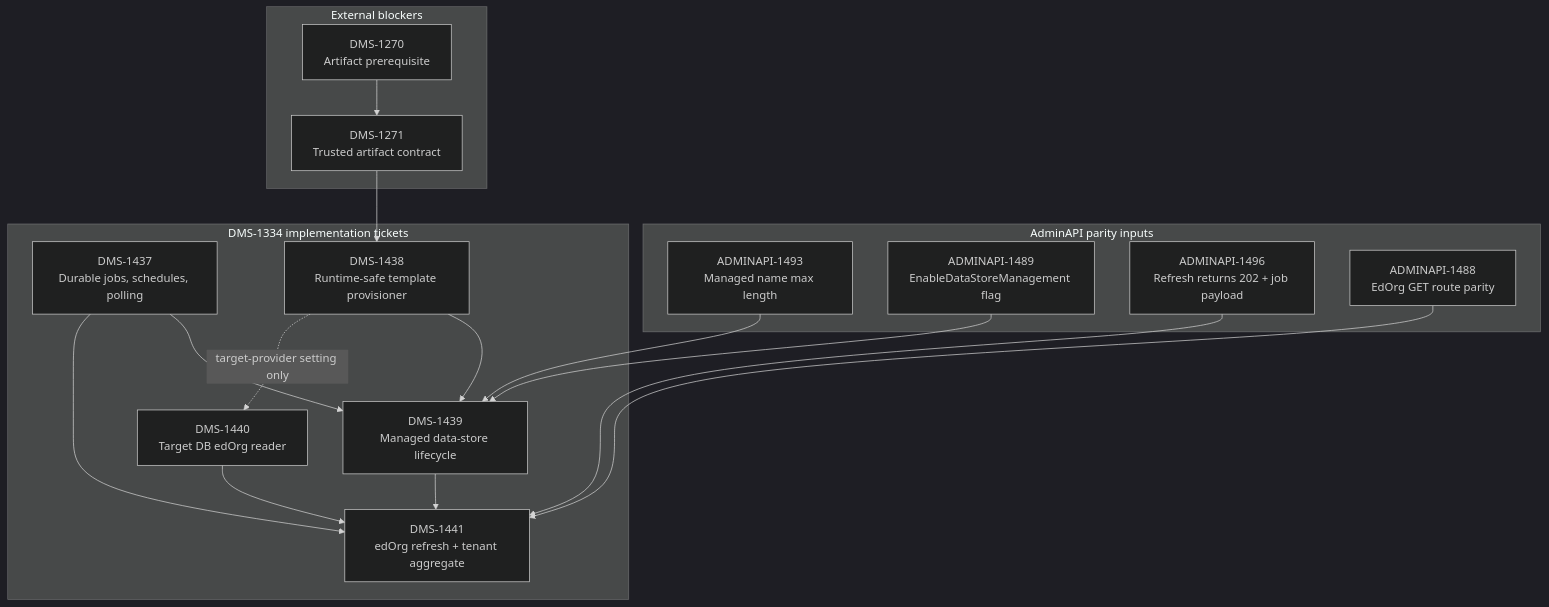
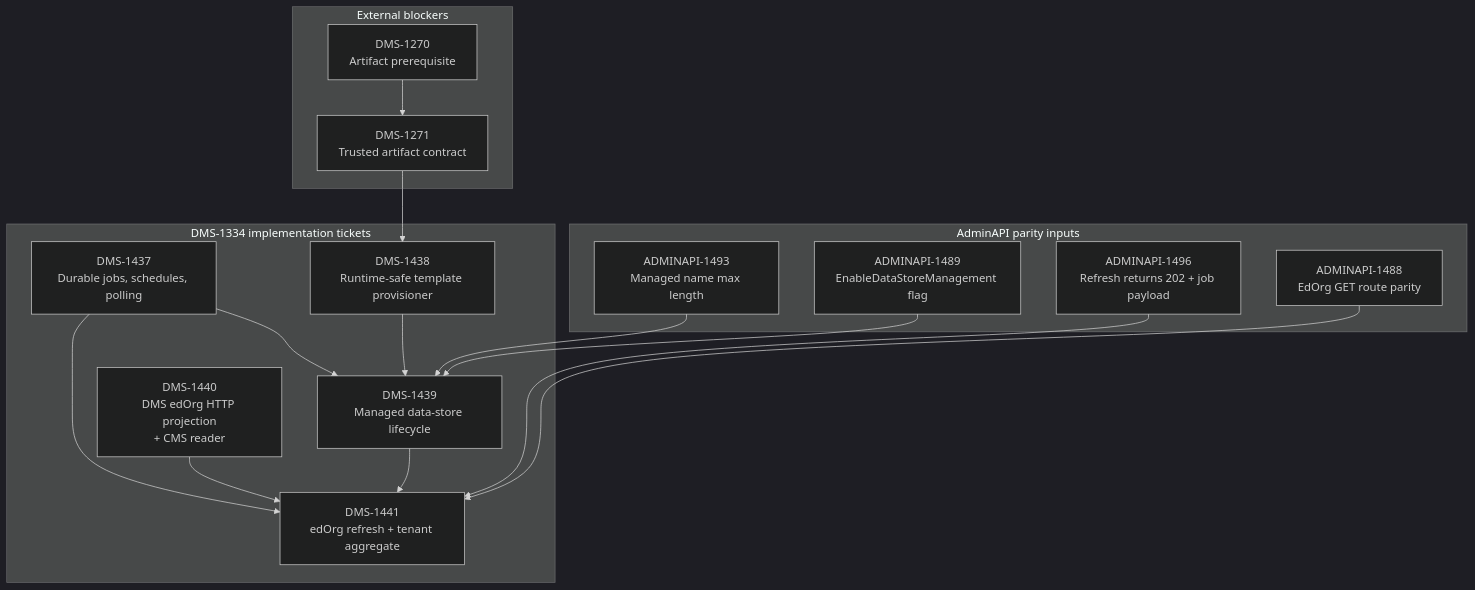
Before and after one commit to Ed-Fi-Alliance-OSS/Data-Management-Service: the diagram in reference/spikes/DMS-1334/candidate-implementation-stories.md, drawn with Mermaid (dark theme). The commit also changed other lines of this file and 3 other files, not shown here.

````diff
--- a/reference/spikes/DMS-1334/candidate-implementation-stories.md
+++ b/reference/spikes/DMS-1334/candidate-implementation-stories.md
@@ -26,36 +26,35 @@
 ```mermaid
 graph TD
   subgraph AdminAPI["AdminAPI parity inputs"]
     A1493["ADMINAPI-1493<br/>Managed name max length"]
     A1489["ADMINAPI-1489<br/>EnableDataStoreManagement flag"]
     A1496["ADMINAPI-1496<br/>Refresh returns 202 + job payload"]
     A1488["ADMINAPI-1488<br/>EdOrg GET route parity"]
   end
 
   subgraph Blockers["External blockers"]
     DMS1270["DMS-1270<br/>Artifact prerequisite"]
     DMS1271["DMS-1271<br/>Trusted artifact contract"]
   end
 
   subgraph Stories["DMS-1334 implementation tickets"]
     DMS1437["DMS-1437<br/>Durable jobs, schedules, polling"]
     DMS1438["DMS-1438<br/>Runtime-safe template provisioner"]
     DMS1439["DMS-1439<br/>Managed data-store lifecycle"]
-    DMS1440["DMS-1440<br/>Target DB edOrg reader"]
+    DMS1440["DMS-1440<br/>DMS edOrg HTTP projection<br/>+ CMS reader"]
     DMS1441["DMS-1441<br/>edOrg refresh + tenant aggregate"]
   end
 
   DMS1270 --> DMS1271 --> DMS1438
 
   A1493 --> DMS1439
   A1489 --> DMS1439
   A1496 --> DMS1441
   A1488 --> DMS1441
 
   DMS1437 --> DMS1439
   DMS1438 --> DMS1439
-  DMS1438 -.->|target-provider setting only| DMS1440
   DMS1437 --> DMS1441
   DMS1440 --> DMS1441
   DMS1439 --> DMS1441
 ```
````
